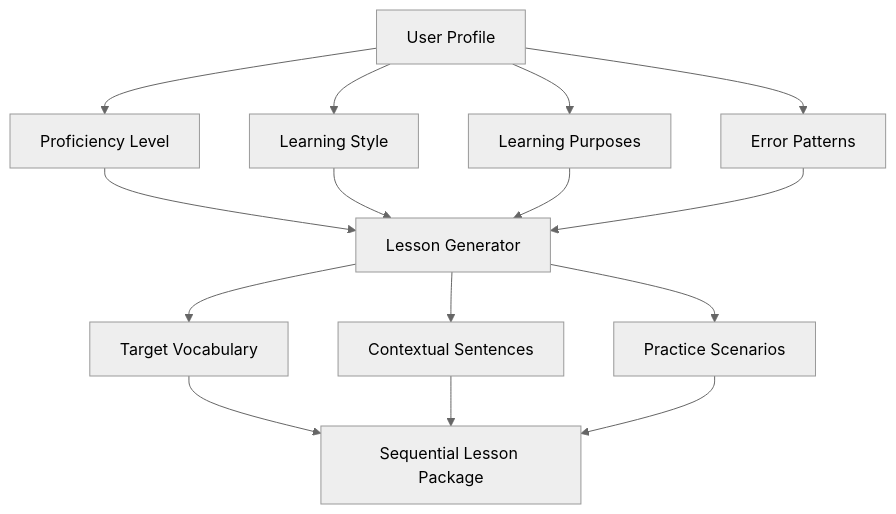
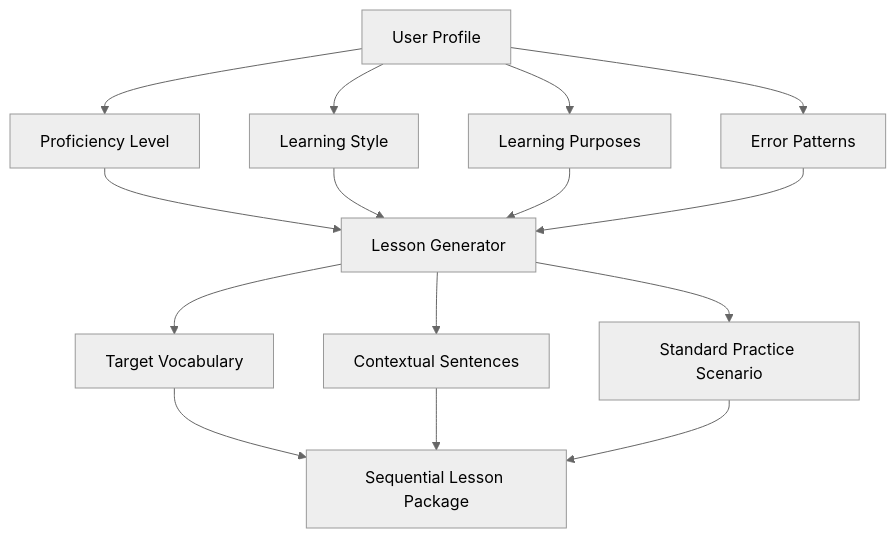
The third of 4 diagrams in app_documentation.md (NikKowPHP/lessay-subscribe), drawn with Mermaid (neutral theme) before and after one commit. The commit also changed other lines of this file, not shown here.

Commit message:
add lesson flow

````diff
--- a/app_documentation.md
+++ b/app_documentation.md
@@ -81,17 +113,17 @@
 ```mermaid
 flowchart TD
     A[User Profile] --> B[Proficiency Level]
     A --> C[Learning Style]
     A --> D[Learning Purposes]
     A --> E[Error Patterns]
     B --> AI[Lesson Generator]
     C --> AI
     D --> AI
     E --> AI
     AI --> F[Target Vocabulary]
     AI --> G[Contextual Sentences]
-    AI --> H[Practice Scenarios]
+    AI --> H[Standard Practice Scenario]
     F --> I[Sequential Lesson Package]
     G --> I
     H --> I
 ```
````
